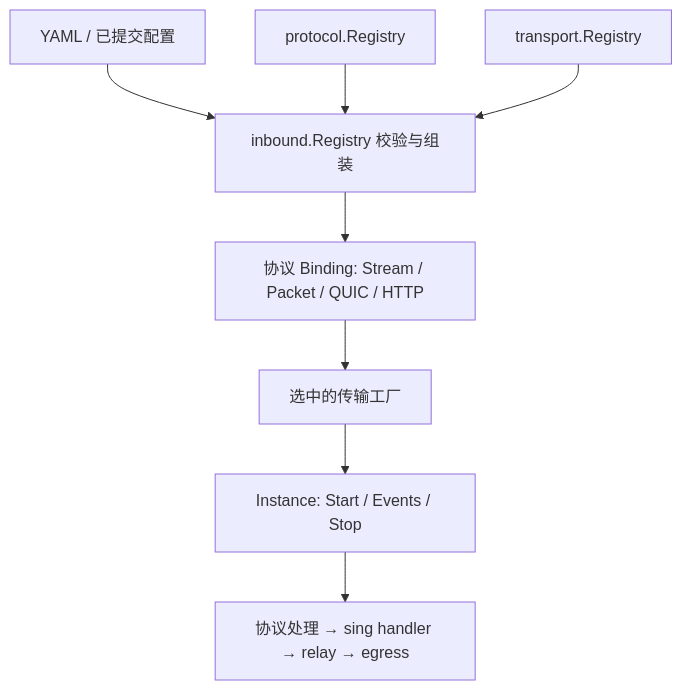
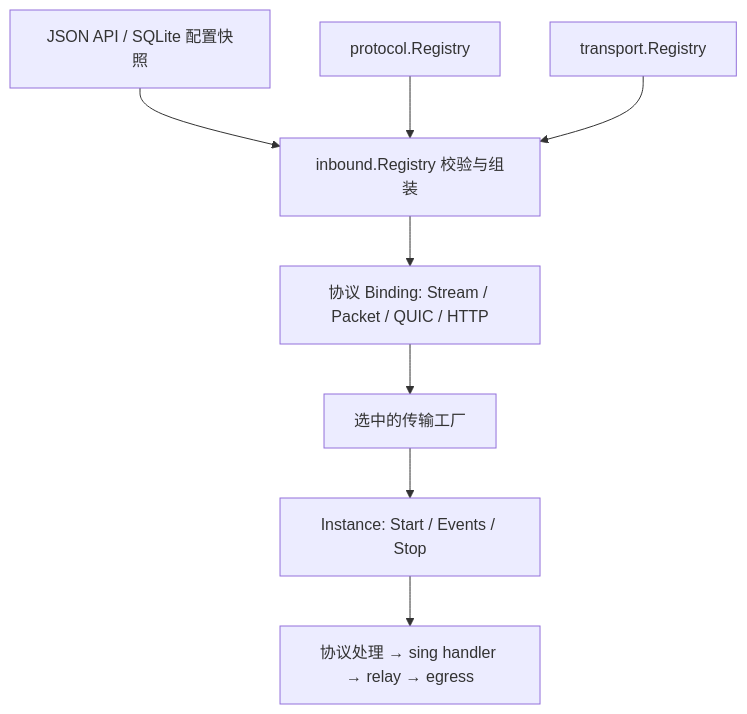
One commit to Ember-Moth/Lunaris changed the diagram in docs/factory-registries.md. Above: the diagram before and after it, drawn with Mermaid. The commit also changed other lines of this file and 74 other files, not shown here.

````diff
--- a/docs/factory-registries.md
+++ b/docs/factory-registries.md
@@ -5,10 +5,10 @@
 ```mermaid
 flowchart TD
-    C[YAML / 已提交配置] --> I[inbound.Registry 校验与组装]
+    C[JSON API / SQLite 配置快照] --> I[inbound.Registry 校验与组装]
     P[protocol.Registry] --> I
     T[transport.Registry] --> I
     I --> B[协议 Binding: Stream / Packet / QUIC / HTTP]
     B --> F[选中的传输工厂]
     F --> R[Instance: Start / Events / Stop]
     R --> H[协议处理 → sing handler → relay → egress]
 ```
````
